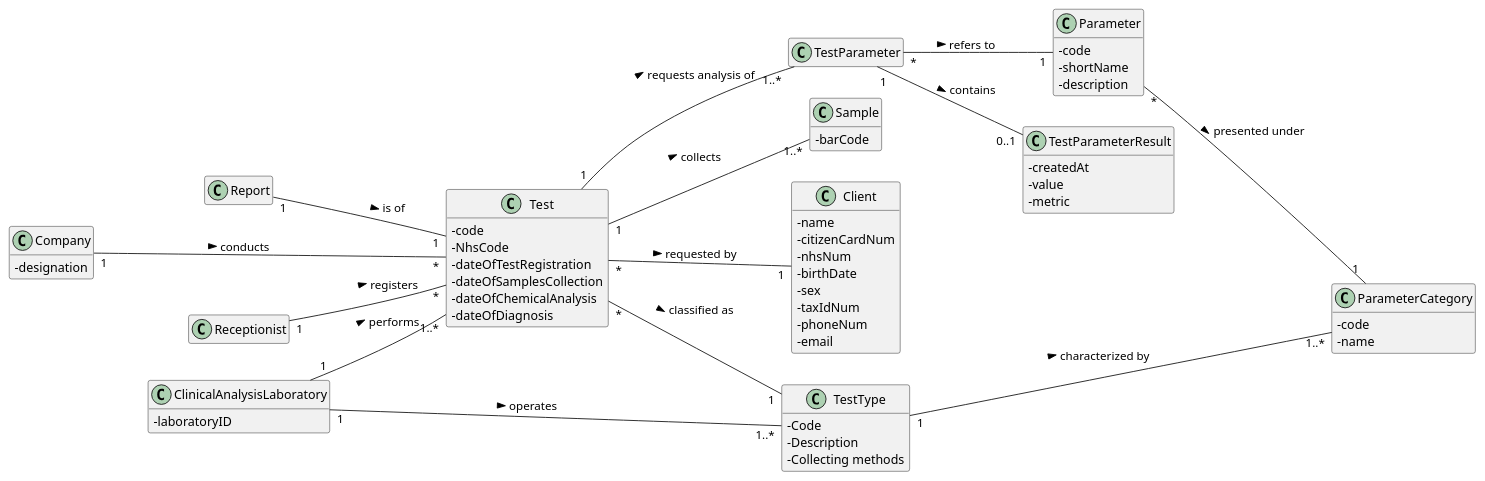
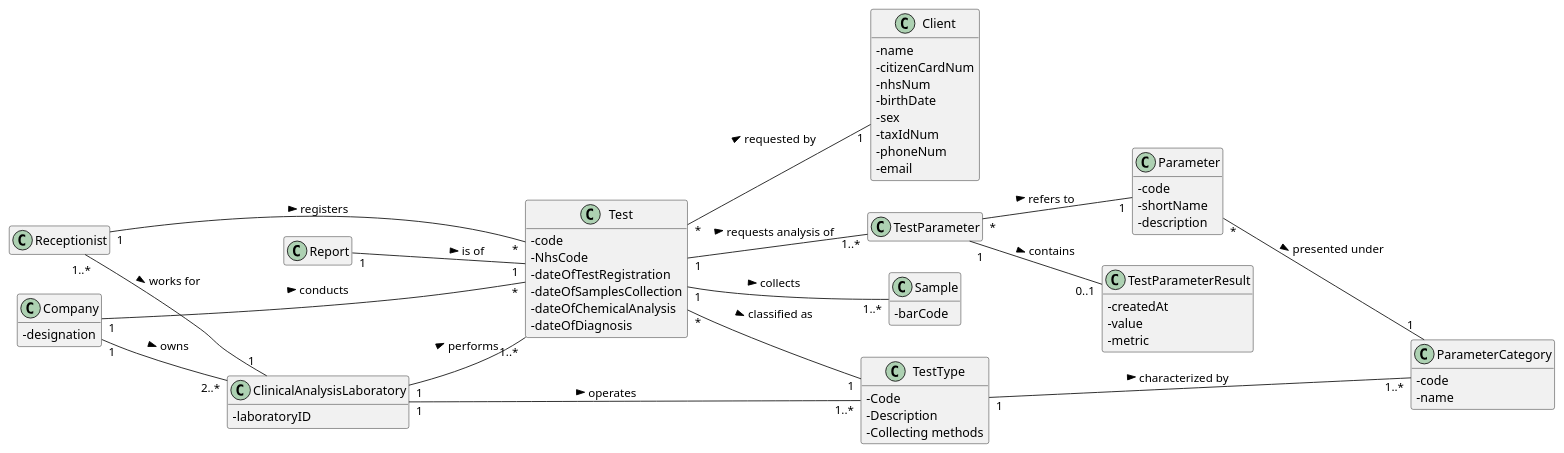
The diagram in docs/SprintD/US_4/US4_DM.puml (ana-albergaria/LAPR2-ISEP), drawn with PlantUML before and after one commit. The commit also changed 8 other files, not shown here.

```diff
--- a/docs/SprintD/US_4/US4_DM.puml
+++ b/docs/SprintD/US_4/US4_DM.puml
@@ -1,77 +1,80 @@
 @startuml
 
 left to right direction
 skinparam classAttributeIconSize 0
 hide empty methods
 hide empty attributes
 
 class Test{
 - code
 - NhsCode
 - dateOfTestRegistration
 - dateOfSamplesCollection
 - dateOfChemicalAnalysis
 - dateOfDiagnosis
 }
 
 class Company {
 -designation
 }
 
 class ParameterCategory{
   -code
   -name
 }
 
 class Receptionist{}
 
 class Sample{
 - barCode
 }
 
 class Client{
 - name
 - citizenCardNum
 - nhsNum
 - birthDate
 - sex
 - taxIdNum
 - phoneNum
 - email
 }
 class TestParameter{}
 class TestParameterResult{
 - createdAt
 - value
 - metric
 }
 class TestType{
 - Code
 - Description
 - Collecting methods
 }
 
 class Parameter{
 - code
 - shortName
 - description
 }
 
 class ClinicalAnalysisLaboratory{
 - laboratoryID
 }
 
 Test "*" -- "1" TestType : classified as >
 Report "1" -- "1" Test : is of >
 Test "*" -- "1" Client : requested by >
 Receptionist "1" -- "*" Test : registers >
 Parameter "*" -- "1" ParameterCategory: presented under >
 TestType "1" -- "1..*" ParameterCategory : characterized by >
 Test "1" -- "1..*" Sample : collects >
 Test "1" -- "1..*" TestParameter : requests analysis of >
 TestParameter "*" -- "1" Parameter : refers to >
 TestParameter "1" -- "0..1" TestParameterResult : contains >
 ClinicalAnalysisLaboratory "1" -- "1..*" TestType : operates >
 ClinicalAnalysisLaboratory "1" -- "1..*" Test : performs >
 Company "1" --- "*" Test : conducts >
+Receptionist "1..*" -- "1" ClinicalAnalysisLaboratory : works for >
+Company "1" -- "2..*" ClinicalAnalysisLaboratory : owns >
+
 @enduml
```
